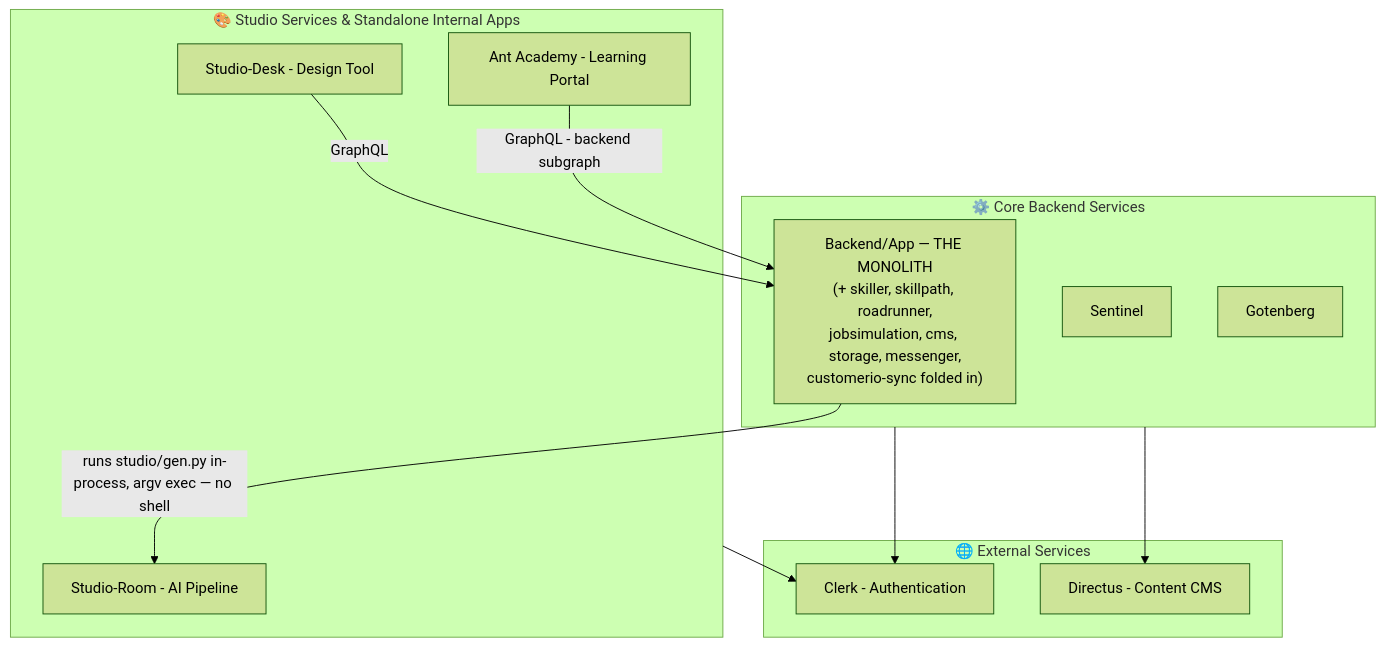
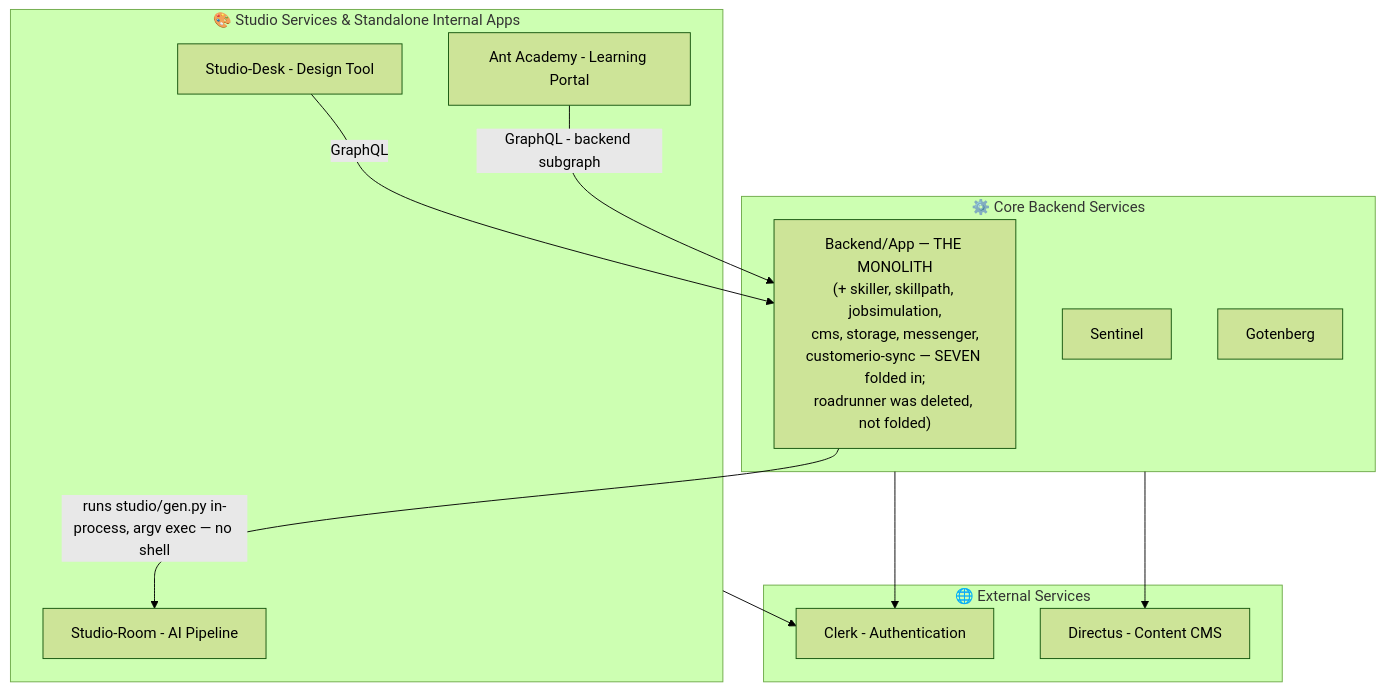
One commit to anthropos-work/rosetta changed the diagram in corpus/architecture/service_taxonomy.md. Above: the diagram before and after it, drawn with Mermaid (forest theme). The commit also changed other lines of this file and 22 other files, not shown here.

First line of the commit message:
iter(M257x/137): tik — roadrunner was wrong in two opposite directions, and both were live

````diff
--- a/corpus/architecture/service_taxonomy.md
+++ b/corpus/architecture/service_taxonomy.md
@@ -16,27 +16,27 @@
 ```mermaid
 graph TB
     subgraph External["🌐 External Services"]
         Clerk[Clerk - Authentication]
         Directus[Directus - Content CMS]
     end
     
     subgraph Studio["🎨 Studio Services & Standalone Internal Apps"]
         Desk[Studio-Desk - Design Tool]
         Room[Studio-Room - AI Pipeline]
         Academy[Ant Academy - Learning Portal]
     end
     
     subgraph Core["⚙️ Core Backend Services"]
-        Backend["Backend/App — THE MONOLITH<br/>(+ skiller, skillpath, roadrunner,<br/>jobsimulation, cms, storage, messenger,<br/>customerio-sync folded in)"]
+        Backend["Backend/App — THE MONOLITH<br/>(+ skiller, skillpath, jobsimulation,<br/>cms, storage, messenger,<br/>customerio-sync — SEVEN folded in;<br/>roadrunner was deleted, not folded)"]
         Sentinel[Sentinel]
         Gotenberg[Gotenberg]
         %% A Storage node stood here until 838d907 folded it into Backend
     end
     
     Desk -->|GraphQL| Backend
     Academy -->|GraphQL - backend subgraph| Backend
     Backend -->|runs studio/gen.py in-process, argv exec — no shell| Room
     Core --> Directus
     Studio --> Clerk
     Core --> Clerk
 ```
````
